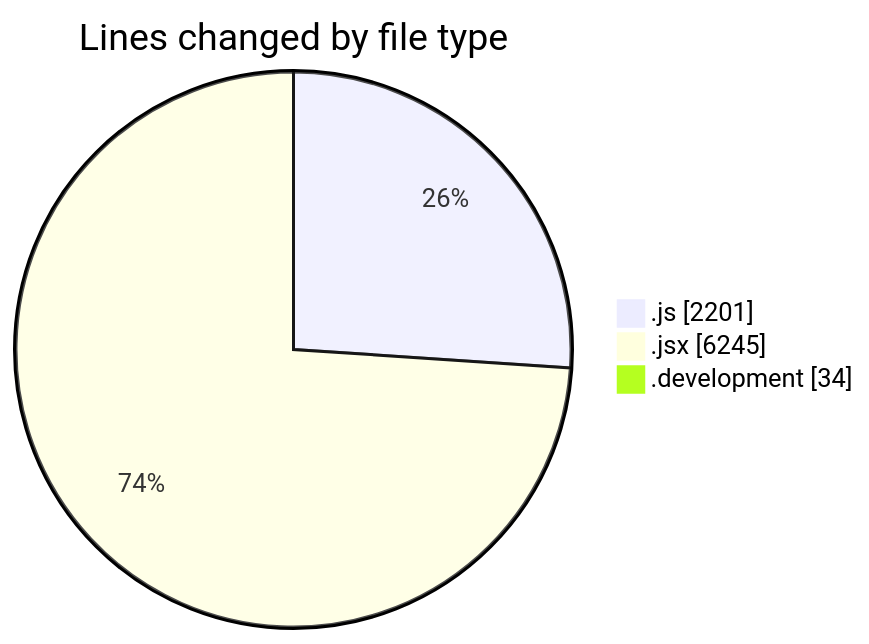
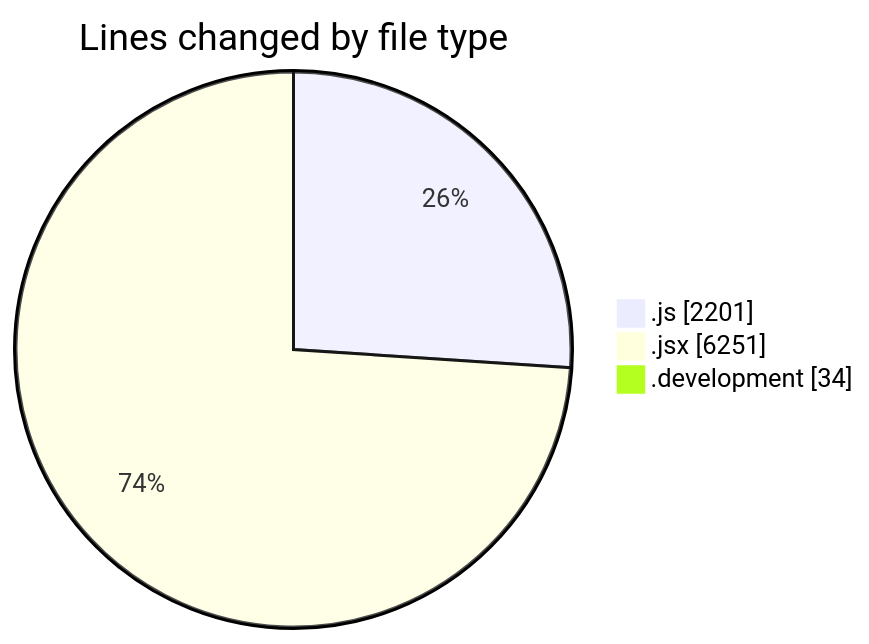
One commit to nxtqubesakshisongat/code-tracking changed the first of 2 diagrams in 2025-09-18/nxtqube_webapp/README.md. Above: the diagram before and after it, drawn with Mermaid. The commit also changed other lines of this file and 1 other file, not shown here.

````diff
--- a/2025-09-18/nxtqube_webapp/README.md
+++ b/2025-09-18/nxtqube_webapp/README.md
@@ -38,7 +38,7 @@
 ```mermaid
 pie showData
 title Lines changed by file type
 ".js" : 2201
-".jsx" : 6245
+".jsx" : 6251
 ".development" : 34
 ```
````
